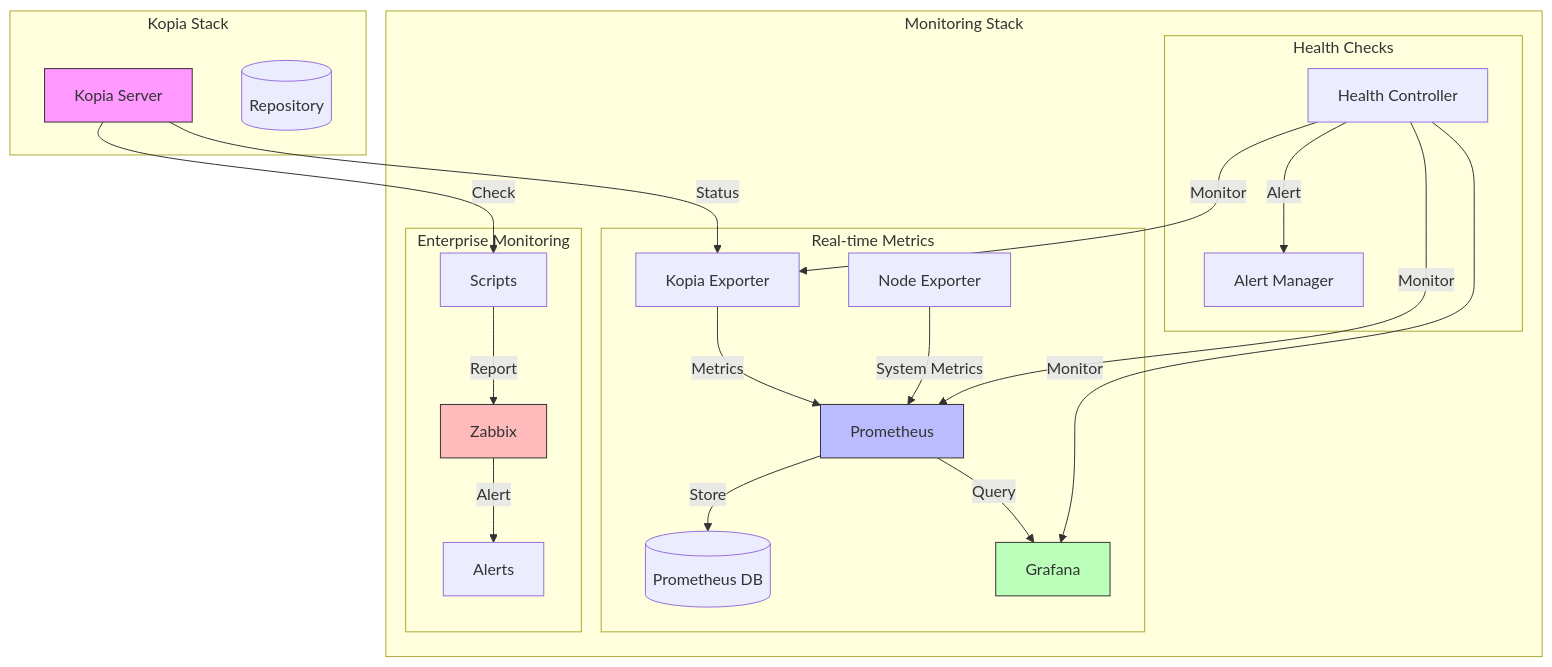
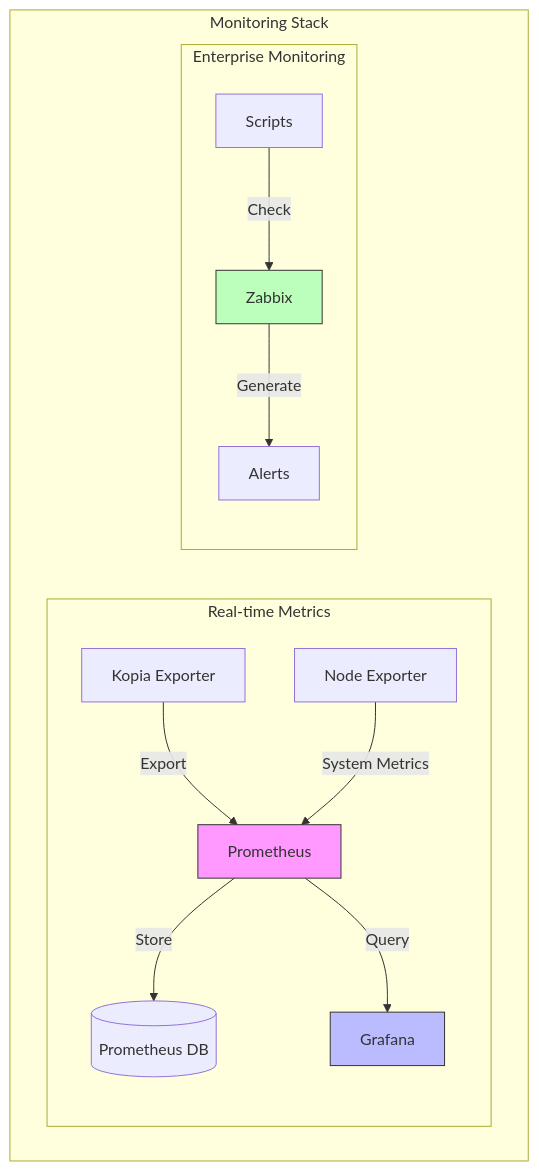
The diagram in monitoring/README.md (eblet/kopia-backup-run), drawn with Mermaid before and after one commit. The commit also changed 1 other file, not shown here.

Commit message:
edit graph

````diff
--- a/monitoring/README.md
+++ b/monitoring/README.md
@@ -12,48 +12,30 @@
 ```mermaid
 graph TB
     subgraph "Monitoring Stack"
         subgraph "Real-time Metrics"
             KE[Kopia Exporter]
             NE[Node Exporter]
             P[Prometheus]
             PD[(Prometheus DB)]
             G[Grafana]
         end
 
         subgraph "Enterprise Monitoring"
             Z[Zabbix]
             ZA[Alerts]
             ZS[Scripts]
         end
-
-        subgraph "Health Checks"
-            HC[Health Controller]
-            AM[Alert Manager]
-        end
     end
 
-    subgraph "Kopia Stack"
-        KS[Kopia Server]
-        R[(Repository)]
-    end
-
-    KS -->|Status| KE
-    KE -->|Metrics| P
+    KE -->|Export| P
     NE -->|System Metrics| P
     P -->|Store| PD
     P -->|Query| G
     
-    KS -->|Check| ZS
-    ZS -->|Report| Z
-    Z -->|Alert| ZA
-    
-    HC -->|Monitor| KE
-    HC -->|Monitor| P
-    HC -->|Monitor| G
-    HC -->|Alert| AM
+    ZS -->|Check| Z
+    Z -->|Generate| ZA
 
-    style KS fill:#f9f,stroke:#333
-    style P fill:#bbf,stroke:#333
-    style G fill:#bfb,stroke:#333
-    style Z fill:#fbb,stroke:#333
+    style P fill:#f9f,stroke:#333
+    style G fill:#bbf,stroke:#333
+    style Z fill:#bfb,stroke:#333
 ```
````
